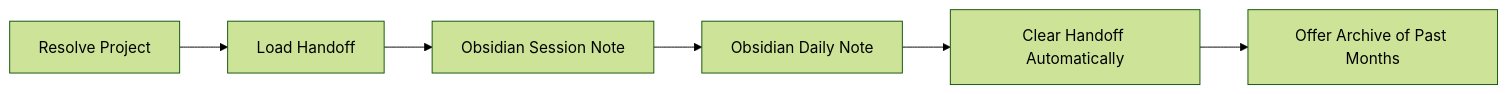
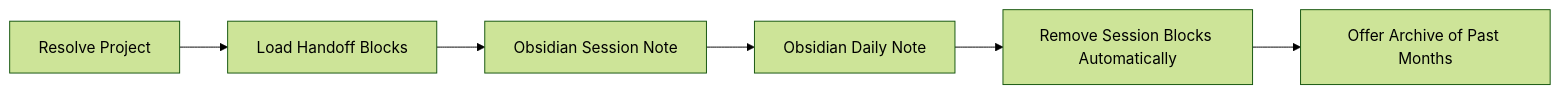
One commit to adeonir/agent-skills changed the diagram in skills/productivity/wrap-up/README.md. Above: the diagram before and after it, drawn with Mermaid (forest theme). The commit also changed other lines of this file and 4 other files, not shown here.

Commit message:
feat(wrap-up): remove only the session's handoff blocks and keep the other topics

````diff
--- a/skills/productivity/wrap-up/README.md
+++ b/skills/productivity/wrap-up/README.md
@@ -7,8 +7,8 @@
 ```mermaid
 flowchart LR
-    A[Resolve Project] --> B[Load Handoff]
+    A[Resolve Project] --> B[Load Handoff Blocks]
     B --> C[Obsidian Session Note]
     C --> D[Obsidian Daily Note]
-    D --> E[Clear Handoff Automatically]
+    D --> E[Remove Session Blocks Automatically]
     E --> F[Offer Archive of Past Months]
 ```
````
